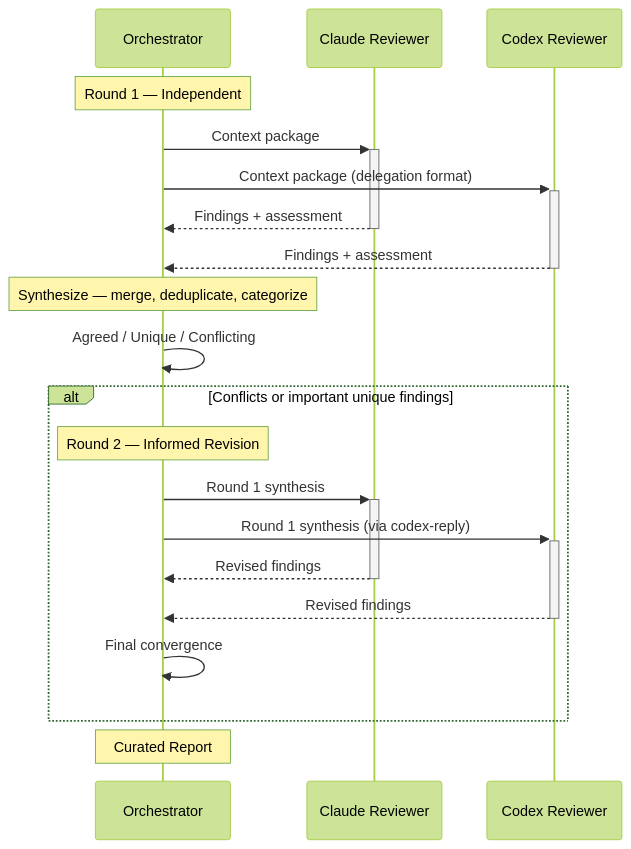
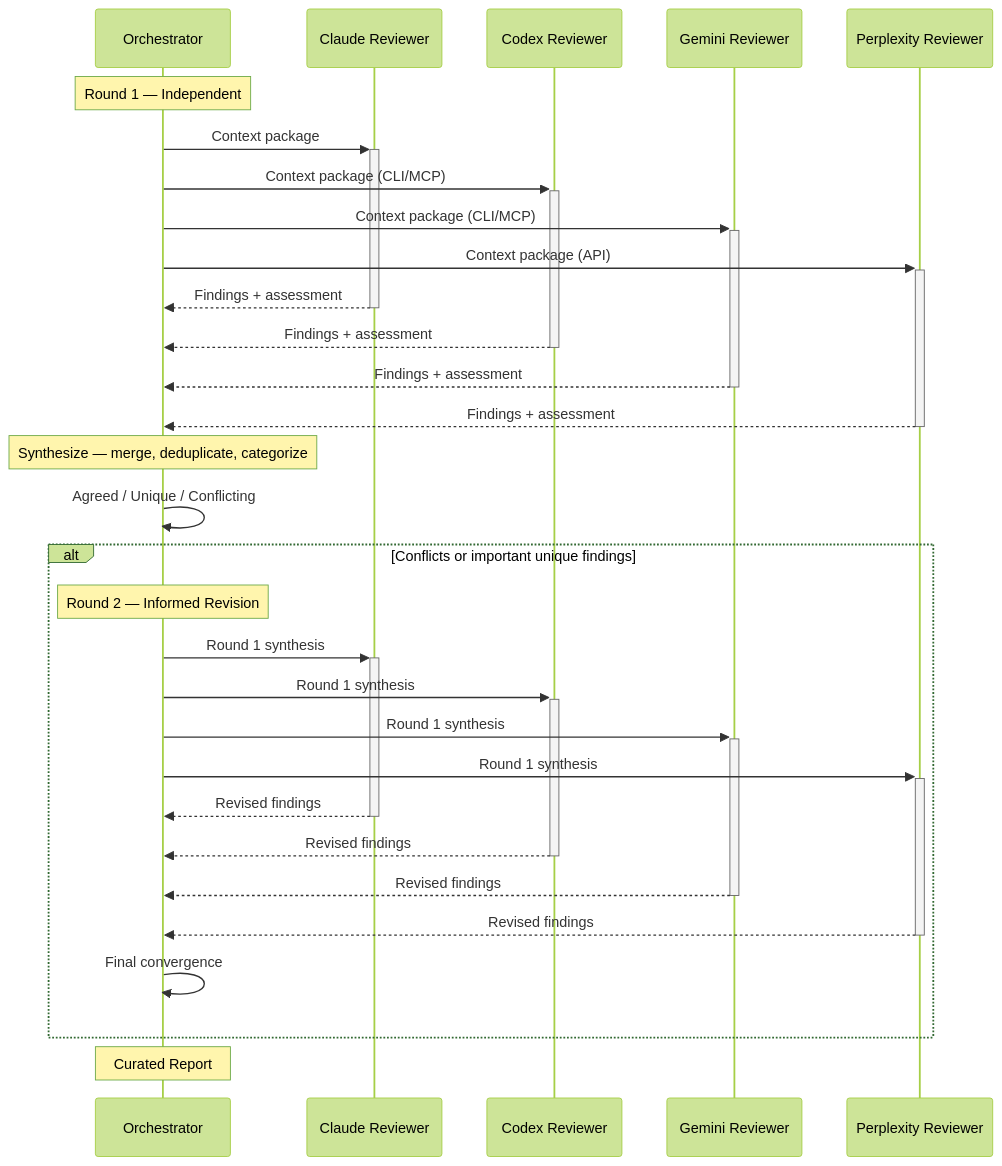
The third of 5 diagrams in README.md (deployhq/review-council), drawn with Mermaid (forest theme) before and after one commit. The commit also changed other lines of this file, not shown here.

````diff
--- a/README.md
+++ b/README.md
@@ -196,26 +203,36 @@
 ```mermaid
 sequenceDiagram
     participant O as Orchestrator
     participant C as Claude Reviewer
     participant X as Codex Reviewer
+    participant G as Gemini Reviewer
+    participant P as Perplexity Reviewer
 
     Note over O: Round 1 — Independent
     O->>+C: Context package
-    O->>+X: Context package (delegation format)
+    O->>+X: Context package (CLI/MCP)
+    O->>+G: Context package (CLI/MCP)
+    O->>+P: Context package (API)
     C-->>-O: Findings + assessment
     X-->>-O: Findings + assessment
+    G-->>-O: Findings + assessment
+    P-->>-O: Findings + assessment
 
     Note over O: Synthesize — merge, deduplicate, categorize
     O->>O: Agreed / Unique / Conflicting
 
     alt Conflicts or important unique findings
         Note over O: Round 2 — Informed Revision
         O->>+C: Round 1 synthesis
-        O->>+X: Round 1 synthesis (via codex-reply)
+        O->>+X: Round 1 synthesis
+        O->>+G: Round 1 synthesis
+        O->>+P: Round 1 synthesis
         C-->>-O: Revised findings
         X-->>-O: Revised findings
+        G-->>-O: Revised findings
+        P-->>-O: Revised findings
         O->>O: Final convergence
     end
 
     Note over O: Curated Report
 ```
````
